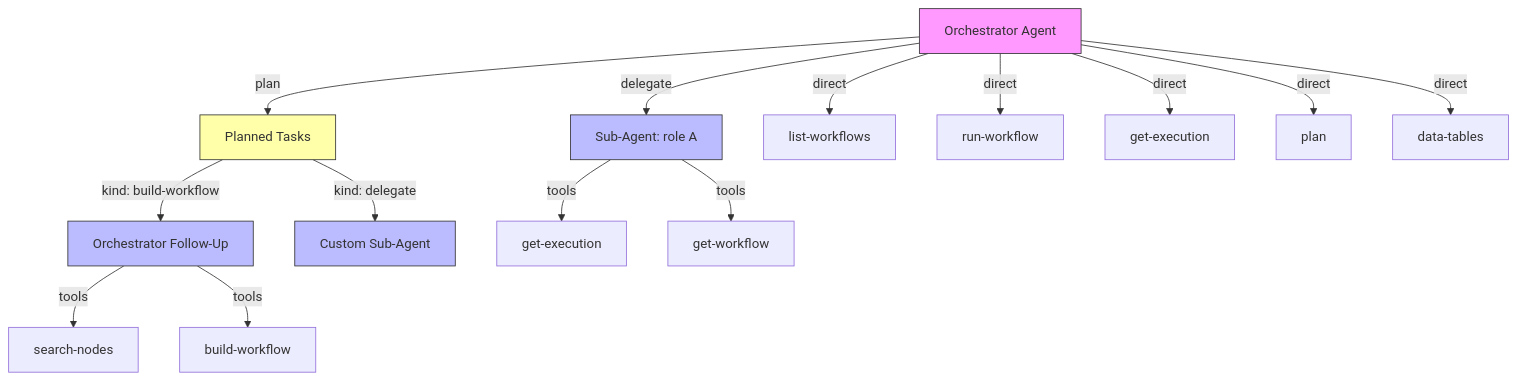
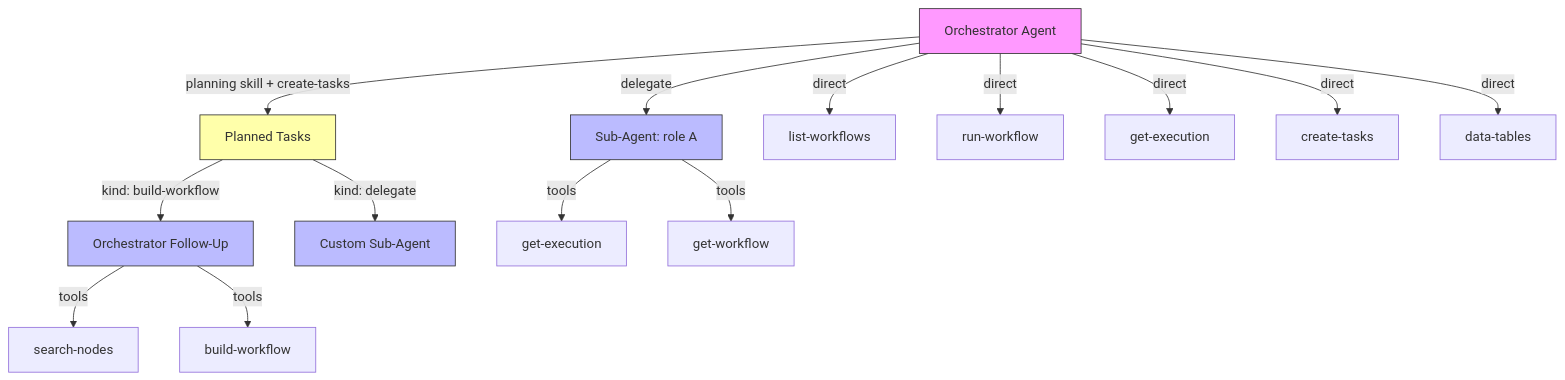
The second of 2 diagrams in packages/@n8n/instance-ai/docs/architecture.md (mayankjain1815-commits/n8n), drawn with Mermaid before and after one commit. The commit also changed other lines of this file and 95 other files, not shown here.

````diff
--- a/packages/@n8n/instance-ai/docs/architecture.md
+++ b/packages/@n8n/instance-ai/docs/architecture.md
@@ -132,24 +135,24 @@
 ```mermaid
 graph TD
     O[Orchestrator Agent] -->|delegate| S1[Sub-Agent: role A]
-    O -->|plan| S3[Planned Tasks]
+    O -->|planning skill + create-tasks| S3[Planned Tasks]
     O -->|direct| T1[list-workflows]
     O -->|direct| T2[run-workflow]
     O -->|direct| T3[get-execution]
-    O -->|direct| T4[plan]
+    O -->|direct| T4[create-tasks]
     O -->|direct| T5[data-tables]
 
     S3 -->|kind: build-workflow| S4[Orchestrator Follow-Up]
     S3 -->|kind: delegate| S7[Custom Sub-Agent]
 
     S1 -->|tools| T6[get-execution]
     S1 -->|tools| T7[get-workflow]
     S4 -->|tools| T8[search-nodes]
     S4 -->|tools| T9[build-workflow]
 
     style O fill:#f9f,stroke:#333
     style S1 fill:#bbf,stroke:#333
     style S3 fill:#ffa,stroke:#333
     style S4 fill:#bbf,stroke:#333
     style S7 fill:#bbf,stroke:#333
 ```
````
